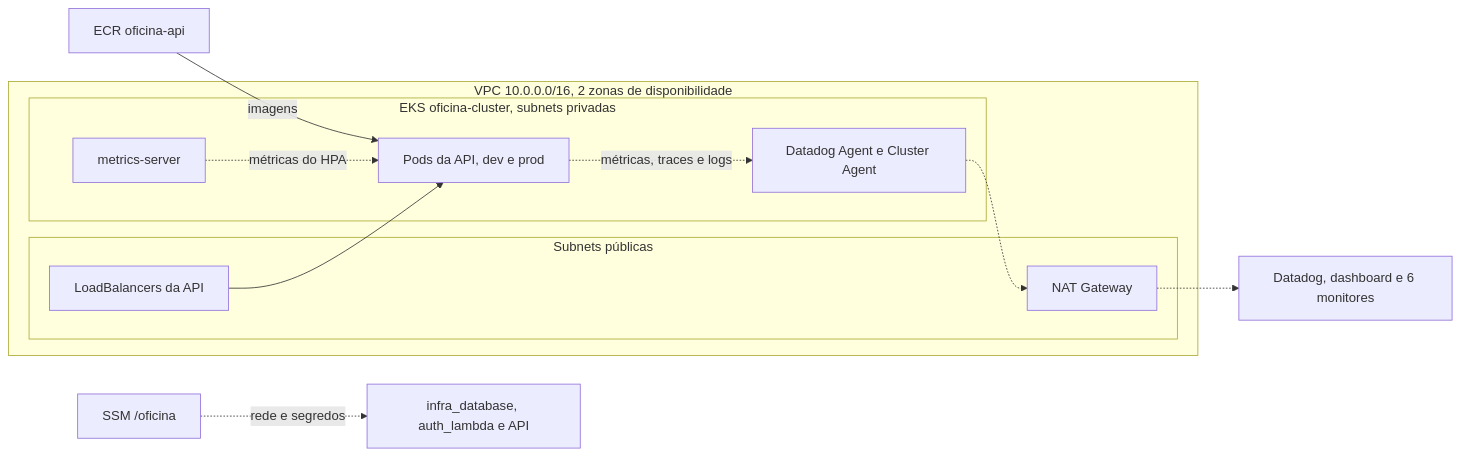
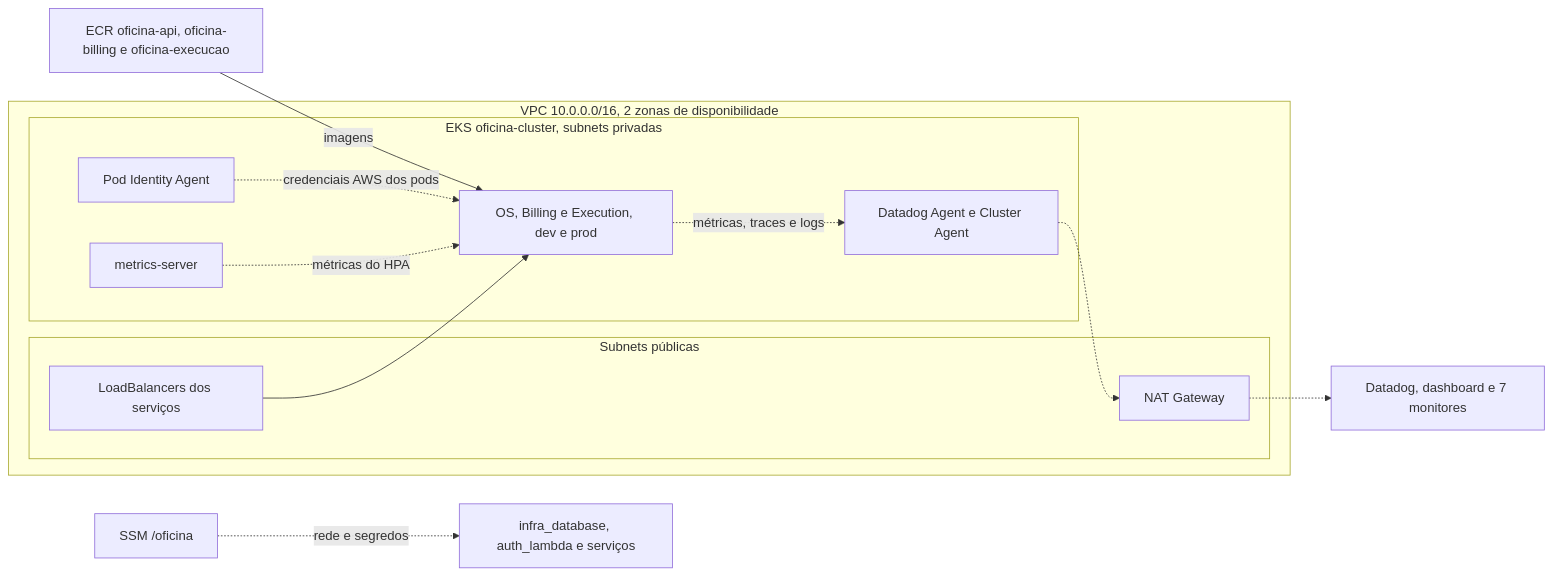
The diagram in README.md (gabrielov2003/fiap_tech_challenge_oficina_infra_k8s), drawn with Mermaid before and after one commit. The commit also changed other lines of this file and 3 other files, not shown here.

Commit message:
adiciona pod identity, ecr dos novos servicos e monitoramento da saga no datadog

````diff
--- a/README.md
+++ b/README.md
@@ -14,21 +16,23 @@
 ```mermaid
 flowchart LR
     subgraph VPC["VPC 10.0.0.0/16, 2 zonas de disponibilidade"]
         subgraph PUB["Subnets públicas"]
             NAT["NAT Gateway"]
-            LB["LoadBalancers da API"]
+            LB["LoadBalancers dos serviços"]
         end
         subgraph EKS["EKS oficina-cluster, subnets privadas"]
-            API["Pods da API, dev e prod"]
+            API["OS, Billing e Execution, dev e prod"]
+            PIA["Pod Identity Agent"]
             MS["metrics-server"]
             DDA["Datadog Agent e Cluster Agent"]
         end
     end
-    ECR["ECR oficina-api"] -->|"imagens"| API
+    ECR["ECR oficina-api, oficina-billing e oficina-execucao"] -->|"imagens"| API
+    PIA -.->|"credenciais AWS dos pods"| API
     LB --> API
     MS -.->|"métricas do HPA"| API
     API -.->|"métricas, traces e logs"| DDA
     DDA -.-> NAT
-    NAT -.-> DD["Datadog, dashboard e 6 monitores"]
-    SSM["SSM /oficina"] -.->|"rede e segredos"| OUT["infra_database, auth_lambda e API"]
+    NAT -.-> DD["Datadog, dashboard e 7 monitores"]
+    SSM["SSM /oficina"] -.->|"rede e segredos"| OUT["infra_database, auth_lambda e serviços"]
 ```
````
